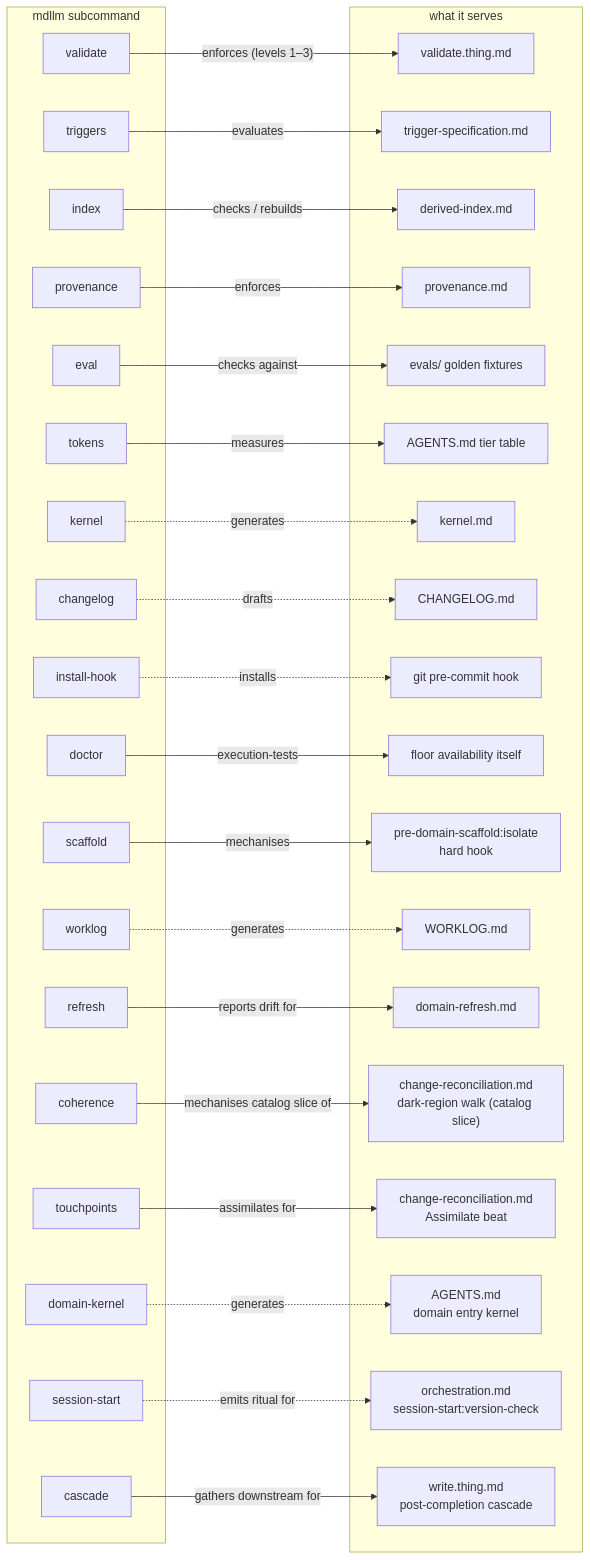
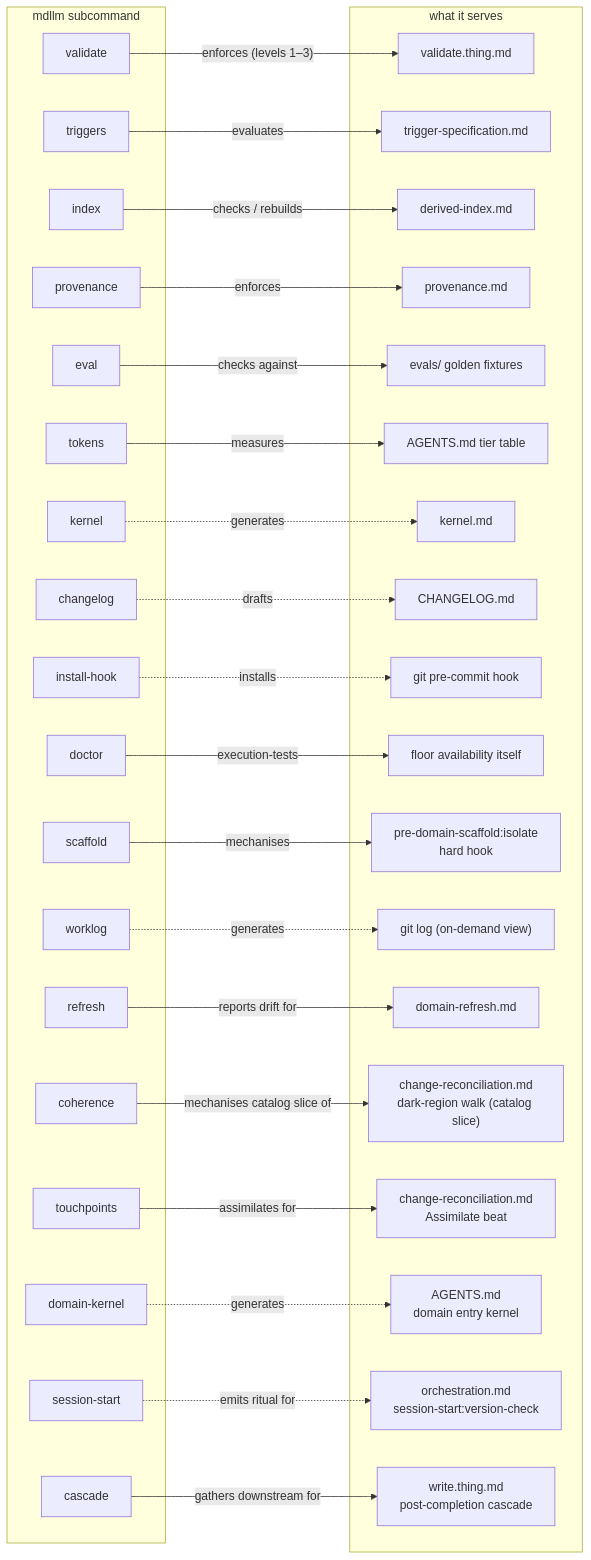
One commit to JanoshMoshiri/MarkdownLLM changed the third of 3 diagrams in docs/framework-map.md. Above: the diagram before and after it, drawn with Mermaid. The commit also changed 22 other files, not shown here.

````diff
--- a/docs/framework-map.md
+++ b/docs/framework-map.md
@@ -174,62 +174,62 @@
 ```mermaid
 flowchart LR
     subgraph cli ["mdllm subcommand"]
         C1["validate"]
         C2["triggers"]
         C3["index"]
         C4["provenance"]
         C5["eval"]
         C6["tokens"]
         C7["kernel"]
         C8["changelog"]
         C9["install-hook"]
         C10["doctor"]
         C11["scaffold"]
         C12["worklog"]
         C13["refresh"]
         C14["coherence"]
         C15["touchpoints"]
         C16["domain-kernel"]
         C17["session-start"]
         C18["cascade"]
     end
     subgraph target ["what it serves"]
         T1["validate.thing.md"]
         T2["trigger-specification.md"]
         T3["derived-index.md"]
         T4["provenance.md"]
         T5["evals/ golden fixtures"]
         T6["AGENTS.md tier table"]
         T7["kernel.md"]
         T8["CHANGELOG.md"]
         T9["git pre-commit hook"]
         T10["floor availability itself"]
         T11["pre-domain-scaffold:isolate<br/>hard hook"]
-        T12["WORKLOG.md"]
+        T12["git log (on-demand view)"]
         T13["domain-refresh.md"]
         T14["change-reconciliation.md<br/>dark-region walk (catalog slice)"]
         T15["change-reconciliation.md<br/>Assimilate beat"]
         T16["AGENTS.md<br/>domain entry kernel"]
         T17["orchestration.md<br/>session-start:version-check"]
         T18["write.thing.md<br/>post-completion cascade"]
     end
 
     C1 -->|"enforces (levels 1–3)"| T1
     C2 -->|evaluates| T2
     C3 -->|"checks / rebuilds"| T3
     C4 -->|enforces| T4
     C5 -->|checks against| T5
     C6 -->|measures| T6
     C7 -.->|generates| T7
     C8 -.->|drafts| T8
     C9 -.->|installs| T9
     C10 -->|"execution-tests"| T10
     C11 -->|mechanises| T11
     C12 -.->|generates| T12
     C13 -->|"reports drift for"| T13
     C14 -->|"mechanises catalog slice of"| T14
     C15 -->|"assimilates for"| T15
     C16 -.->|"generates"| T16
     C17 -.->|"emits ritual for"| T17
     C18 -->|"gathers downstream for"| T18
 ```
````
